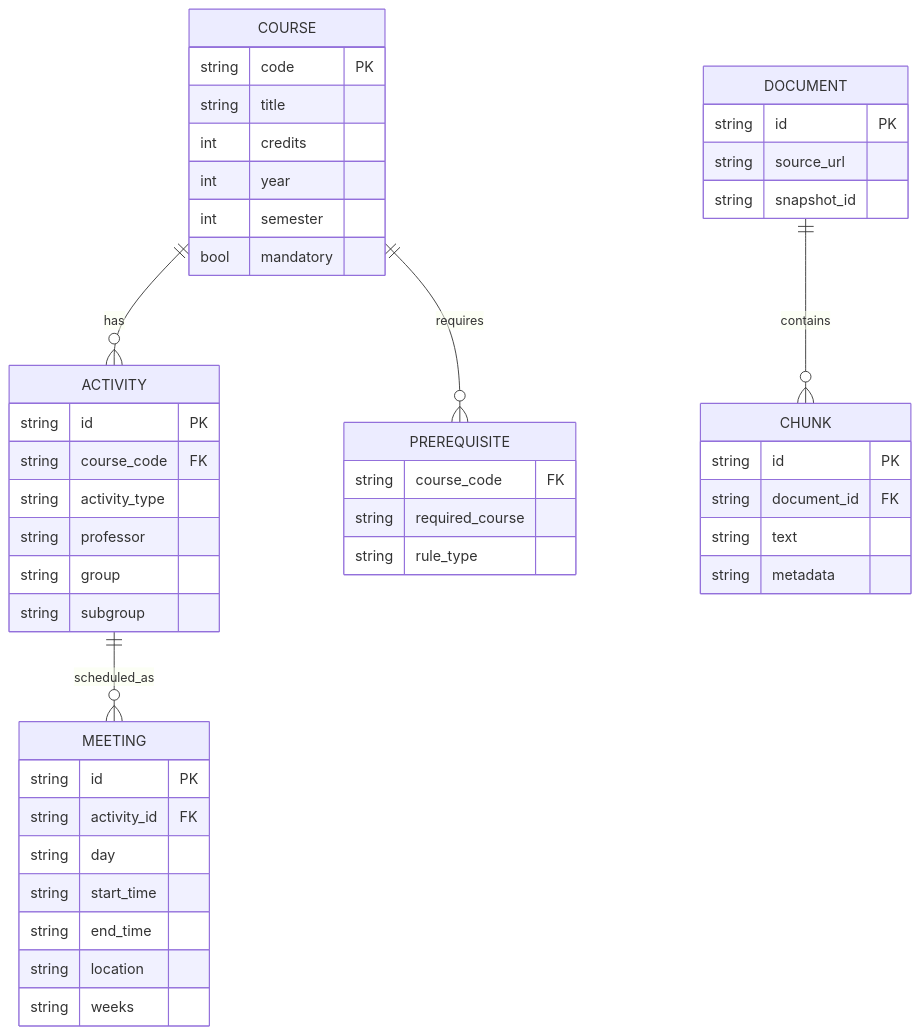
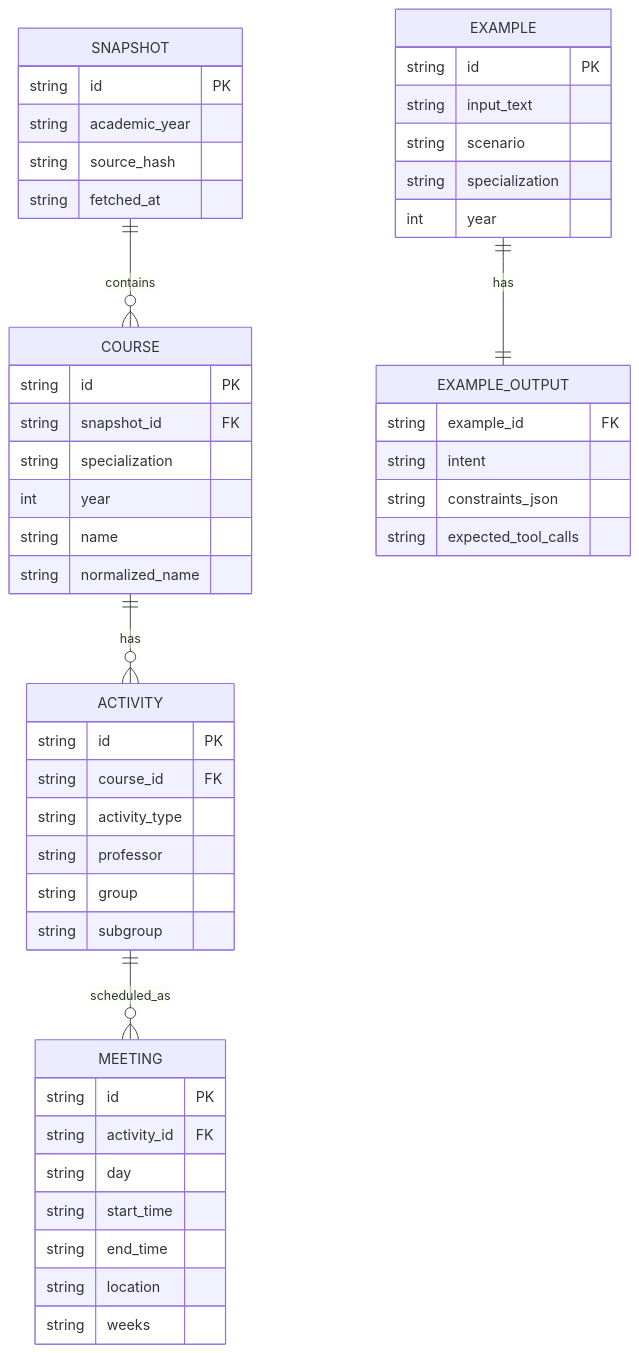
The first of 5 diagrams in docs/MILESTONE2.md (xze3n/StudentTimetableOrganizer), drawn with Mermaid before and after one commit. The commit also changed other lines of this file, not shown here.

````diff
--- a/docs/MILESTONE2.md
+++ b/docs/MILESTONE2.md
@@ -101,49 +161,52 @@
 ```mermaid
 erDiagram
+    SNAPSHOT ||--o{ COURSE : contains
     COURSE ||--o{ ACTIVITY : has
     ACTIVITY ||--o{ MEETING : scheduled_as
-    COURSE ||--o{ PREREQUISITE : requires
-    DOCUMENT ||--o{ CHUNK : contains
+    EXAMPLE ||--|| EXAMPLE_OUTPUT : has
 
+    SNAPSHOT {
+        string id PK
+        string academic_year
+        string source_hash
+        string fetched_at
+    }
     COURSE {
-        string code PK
-        string title
-        int credits
+        string id PK
+        string snapshot_id FK
+        string specialization
         int year
-        int semester
-        bool mandatory
+        string name
+        string normalized_name
     }
     ACTIVITY {
         string id PK
-        string course_code FK
+        string course_id FK
         string activity_type
         string professor
         string group
         string subgroup
     }
     MEETING {
         string id PK
         string activity_id FK
         string day
         string start_time
         string end_time
         string location
         string weeks
     }
-    PREREQUISITE {
-        string course_code FK
-        string required_course
-        string rule_type
+    EXAMPLE {
+        string id PK
+        string input_text
+        string scenario
+        string specialization
+        int year
     }
-    DOCUMENT {
-        string id PK
-        string source_url
-        string snapshot_id
-    }
-    CHUNK {
-        string id PK
-        string document_id FK
-        string text
-        string metadata
+    EXAMPLE_OUTPUT {
+        string example_id FK
+        string intent
+        string constraints_json
+        string expected_tool_calls
     }
 ```
````
